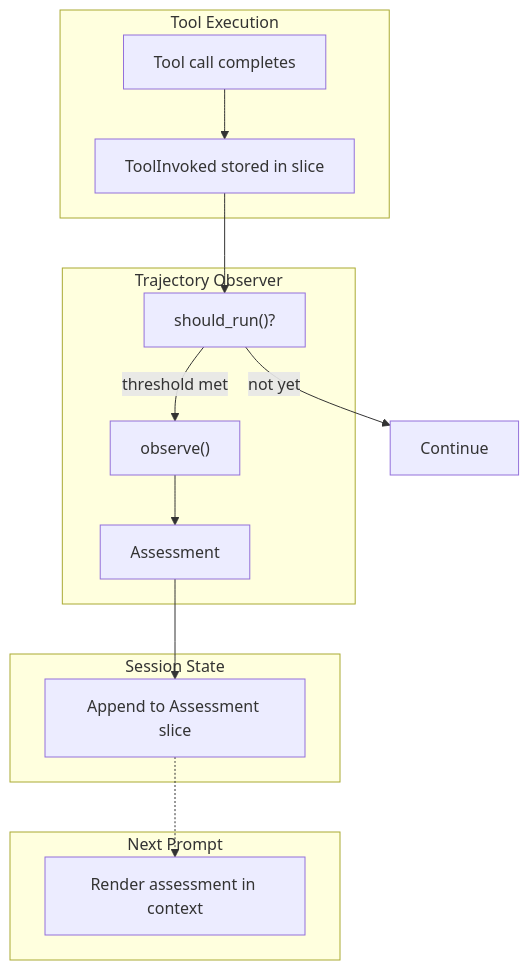
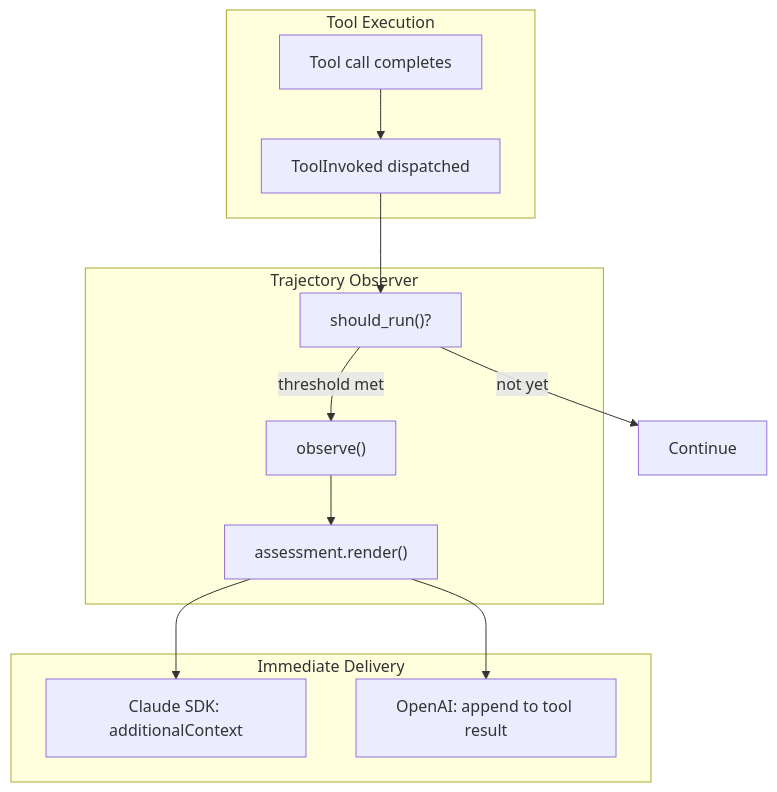
Before and after one commit to weakincentives/weakincentives: the diagram in specs/TRAJECTORY_OBSERVERS.md, drawn with Mermaid. The commit also changed other lines of this file, not shown here.

First line of the commit message:
Rewrite spec for immediate delivery via hook response

````diff
--- a/specs/TRAJECTORY_OBSERVERS.md
+++ b/specs/TRAJECTORY_OBSERVERS.md
@@ -23,29 +21,26 @@
 ```mermaid
 flowchart TB
     subgraph ToolExecution["Tool Execution"]
         Call["Tool call completes"]
-        Record["ToolInvoked stored in slice"]
+        Dispatch["ToolInvoked dispatched"]
     end
 
     subgraph Observer["Trajectory Observer"]
         Trigger["should_run()?"]
         Observe["observe()"]
-        Assess["Assessment"]
+        Render["assessment.render()"]
     end
 
-    subgraph Session["Session State"]
-        Store["Append to Assessment slice"]
+    subgraph Delivery["Immediate Delivery"]
+        SDK["Claude SDK: additionalContext"]
+        OpenAI["OpenAI: append to tool result"]
     end
 
-    subgraph Prompt["Next Prompt"]
-        Inject["Render assessment in context"]
-    end
-
-    Call --> Record
-    Record --> Trigger
+    Call --> Dispatch
+    Dispatch --> Trigger
     Trigger -->|threshold met| Observe
     Trigger -->|not yet| Done["Continue"]
-    Observe --> Assess
-    Assess --> Store
-    Store -.-> Inject
+    Observe --> Render
+    Render --> SDK
+    Render --> OpenAI
 ```
````
